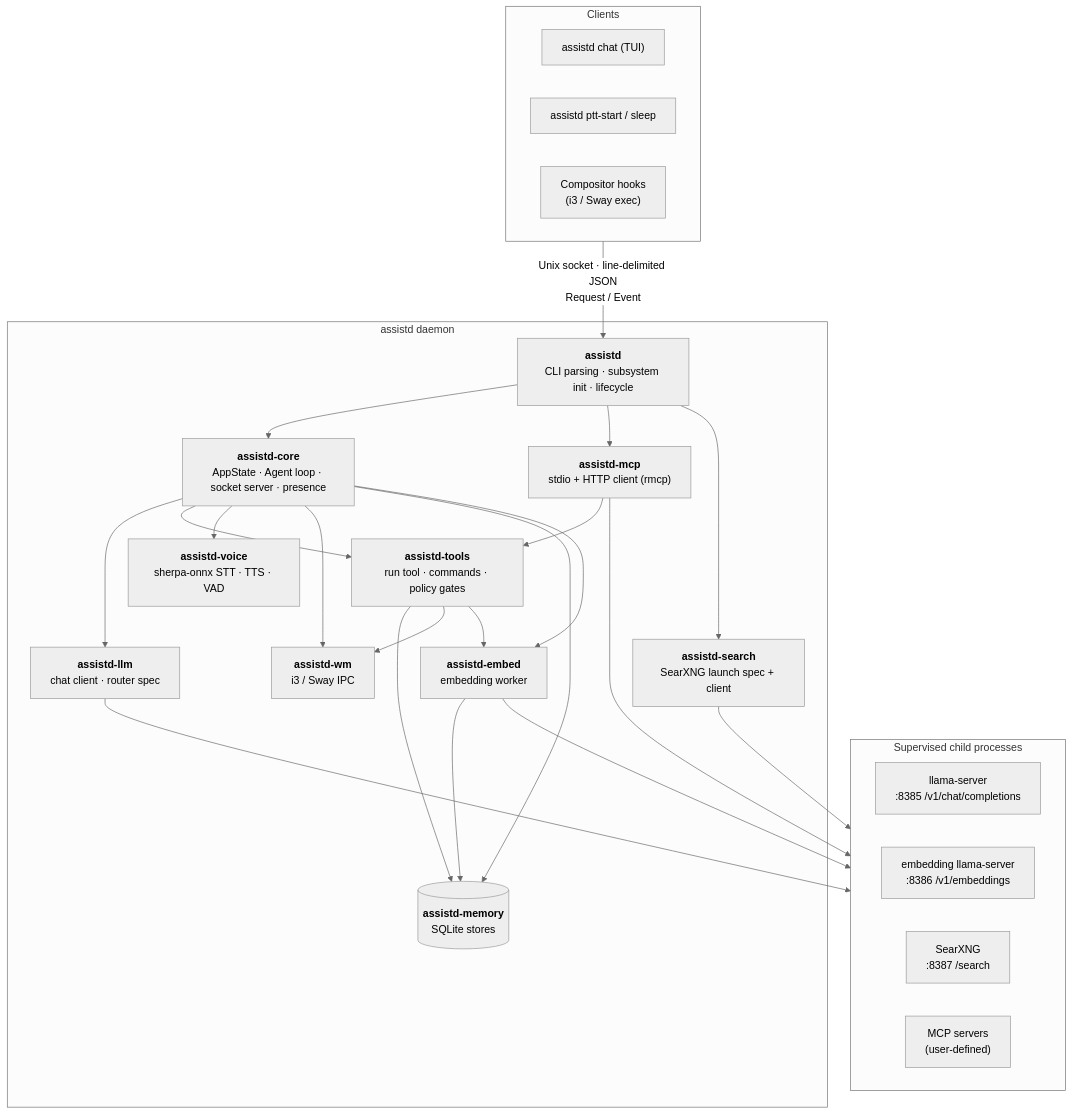
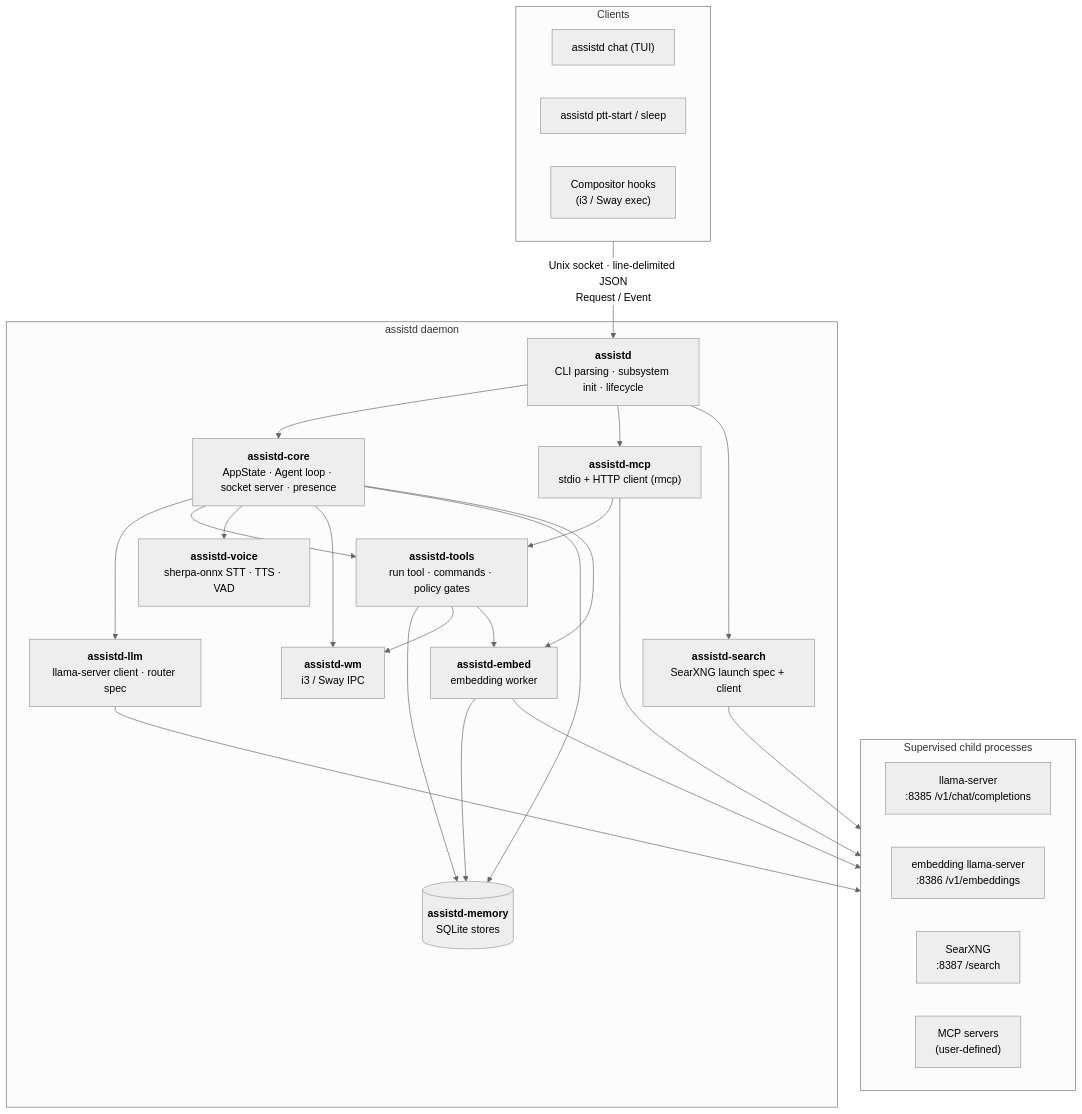
The diagram in docs/architecture.md (gnolruf/assistd), drawn with Mermaid (neutral theme) before and after one commit. The commit also changed other lines of this file and 83 other files, not shown here.

````diff
--- a/docs/architecture.md
+++ b/docs/architecture.md
@@ -10,44 +10,44 @@
 ```mermaid
 flowchart TB
     subgraph clients["Clients"]
         direction LR
         chat["assistd chat (TUI)"]
         ptt["assistd ptt-start / sleep"]
         hooks["Compositor hooks<br/>(i3 / Sway exec)"]
     end
 
     subgraph daemon["assistd daemon"]
         bin["<b>assistd</b><br/>CLI parsing · subsystem init · lifecycle"]
         core["<b>assistd-core</b><br/>AppState · Agent loop · socket server · presence"]
-        llm["<b>assistd-llm</b><br/>chat client · router spec"]
+        llm["<b>assistd-llm</b><br/>llama-server client · router spec"]
         tools["<b>assistd-tools</b><br/>run tool · commands · policy gates"]
         voice["<b>assistd-voice</b><br/>sherpa-onnx STT · TTS · VAD"]
         wm["<b>assistd-wm</b><br/>i3 / Sway IPC"]
         mcp["<b>assistd-mcp</b><br/>stdio + HTTP client (rmcp)"]
         memory[("<b>assistd-memory</b><br/>SQLite stores")]
         embed["<b>assistd-embed</b><br/>embedding worker"]
         search["<b>assistd-search</b><br/>SearXNG launch spec + client"]
     end
 
     subgraph external["Supervised child processes"]
         direction LR
         llama["llama-server<br/>:8385 /v1/chat/completions"]
         embedsrv["embedding llama-server<br/>:8386 /v1/embeddings"]
         searxng["SearXNG<br/>:8387 /search"]
         mcpsrv["MCP servers<br/>(user-defined)"]
     end
 
     clients -- "Unix socket · line-delimited JSON<br/>Request / Event" --> bin
     bin --> core
     bin --> mcp & search
     core --> llm & tools & voice & wm & memory & embed
     tools --> memory & wm
     mcp --> tools
     embed --> memory
     tools --> embed
 
     llm --> llama
     embed --> embedsrv
     search --> searxng
     mcp --> mcpsrv
 ```
````
